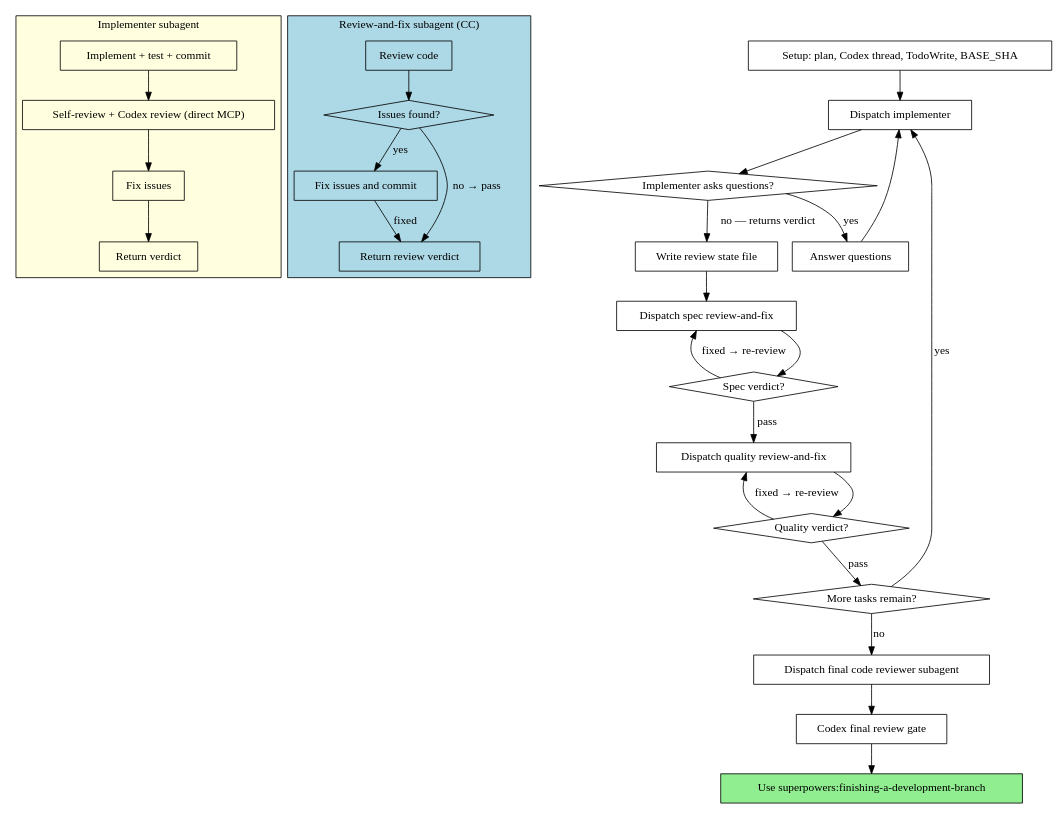
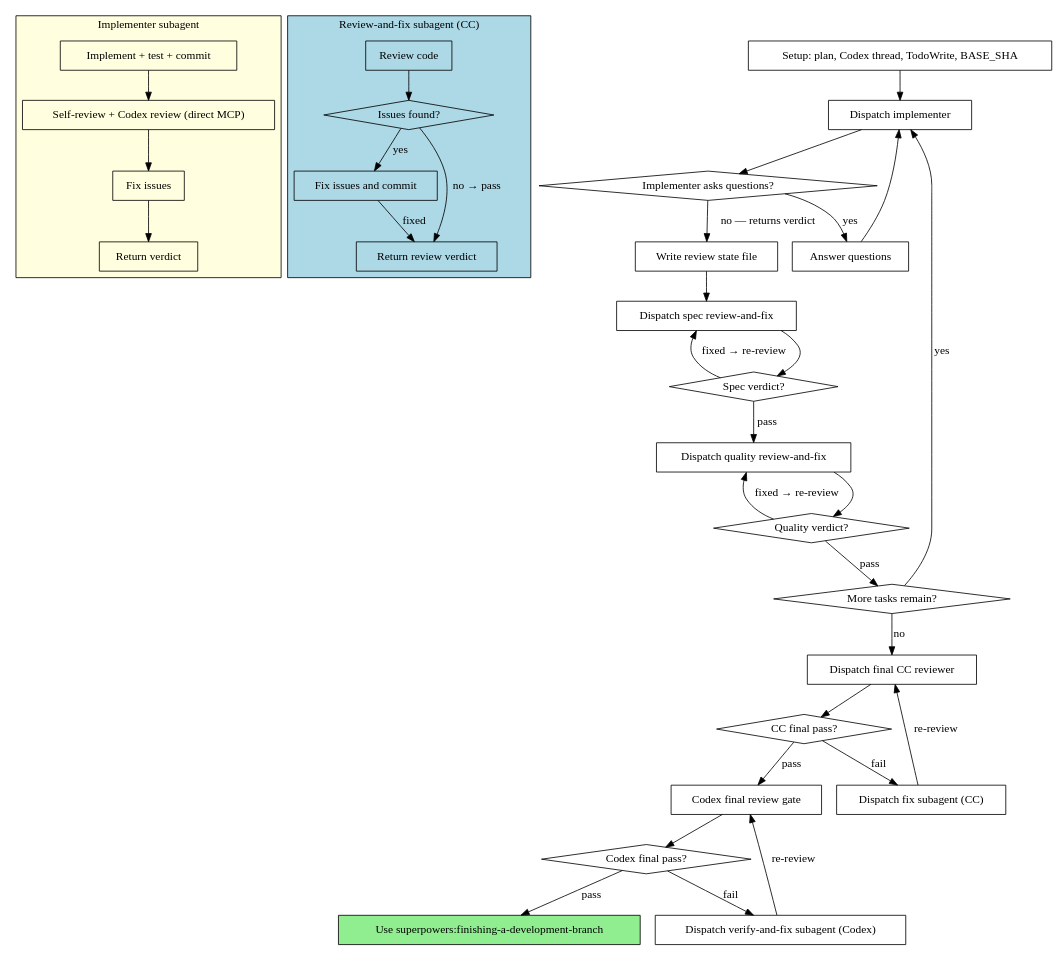
The second of 2 diagrams in skills/subagent-driven-development/SKILL.md (ebitoro/superpowers), drawn with Graphviz before and after one commit. The commit also changed other lines of this file, not shown here.

First line of the commit message:
feat(sdd): add final review fix loops with subagent dispatch

````diff
--- a/skills/subagent-driven-development/SKILL.md
+++ b/skills/subagent-driven-development/SKILL.md
@@ -65,65 +65,75 @@
 ```dot
 digraph process {
     rankdir=TB;
 
     subgraph cluster_implementer {
         label="Implementer subagent";
         style=filled;
         fillcolor=lightyellow;
         "Implement + test + commit" [shape=box];
         "Self-review + Codex review (direct MCP)" [shape=box];
         "Fix issues" [shape=box];
         "Return verdict" [shape=box];
 
         "Implement + test + commit" -> "Self-review + Codex review (direct MCP)";
         "Self-review + Codex review (direct MCP)" -> "Fix issues";
         "Fix issues" -> "Return verdict";
     }
 
     subgraph cluster_review_fix {
         label="Review-and-fix subagent (CC)";
         style=filled;
         fillcolor=lightblue;
         "Review code" [shape=box];
         "Issues found?" [shape=diamond];
         "Fix issues and commit" [shape=box];
         "Return review verdict" [shape=box];
 
         "Review code" -> "Issues found?";
         "Issues found?" -> "Return review verdict" [label="no → pass"];
         "Issues found?" -> "Fix issues and commit" [label="yes"];
         "Fix issues and commit" -> "Return review verdict" [label="fixed"];
     }
 
     "Setup: plan, Codex thread, TodoWrite, BASE_SHA" [shape=box];
     "Dispatch implementer" [shape=box];
     "Implementer asks questions?" [shape=diamond];
     "Answer questions" [shape=box];
     "Write review state file" [shape=box];
     "Dispatch spec review-and-fix" [shape=box];
     "Spec verdict?" [shape=diamond];
     "Dispatch quality review-and-fix" [shape=box];
     "Quality verdict?" [shape=diamond];
     "More tasks remain?" [shape=diamond];
-    "Dispatch final code reviewer subagent" [shape=box];
+    "Dispatch final CC reviewer" [shape=box];
+    "CC final pass?" [shape=diamond];
+    "Dispatch fix subagent (CC)" [shape=box];
     "Codex final review gate" [shape=box];
+    "Codex final pass?" [shape=diamond];
+    "Dispatch verify-and-fix subagent (Codex)" [shape=box];
     "Use superpowers:finishing-a-development-branch" [shape=box style=filled fillcolor=lightgreen];
 
     "Setup: plan, Codex thread, TodoWrite, BASE_SHA" -> "Dispatch implementer";
     "Dispatch implementer" -> "Implementer asks questions?";
     "Implementer asks questions?" -> "Answer questions" [label="yes"];
     "Answer questions" -> "Dispatch implementer";
     "Implementer asks questions?" -> "Write review state file" [label="no — returns verdict"];
     "Write review state file" -> "Dispatch spec review-and-fix";
     "Dispatch spec review-and-fix" -> "Spec verdict?";
     "Spec verdict?" -> "Dispatch quality review-and-fix" [label="pass"];
     "Spec verdict?" -> "Dispatch spec review-and-fix" [label="fixed → re-review"];
     "Dispatch quality review-and-fix" -> "Quality verdict?";
     "Quality verdict?" -> "More tasks remain?" [label="pass"];
     "Quality verdict?" -> "Dispatch quality review-and-fix" [label="fixed → re-review"];
     "More tasks remain?" -> "Dispatch implementer" [label="yes"];
-    "More tasks remain?" -> "Dispatch final code reviewer subagent" [label="no"];
-    "Dispatch final code reviewer subagent" -> "Codex final review gate";
-    "Codex final review gate" -> "Use superpowers:finishing-a-development-branch";
+    "More tasks remain?" -> "Dispatch final CC reviewer" [label="no"];
+    "Dispatch final CC reviewer" -> "CC final pass?";
+    "CC final pass?" -> "Codex final review gate" [label="pass"];
+    "CC final pass?" -> "Dispatch fix subagent (CC)" [label="fail"];
+    "Dispatch fix subagent (CC)" -> "Dispatch final CC reviewer" [label="re-review"];
+    "Codex final review gate" -> "Codex final pass?";
+    "Codex final pass?" -> "Use superpowers:finishing-a-development-branch" [label="pass"];
+    "Codex final pass?" -> "Dispatch verify-and-fix subagent (Codex)" [label="fail"];
+    "Dispatch verify-and-fix subagent (Codex)" -> "Codex final review gate" [label="re-review"];
 }
 ```
````
